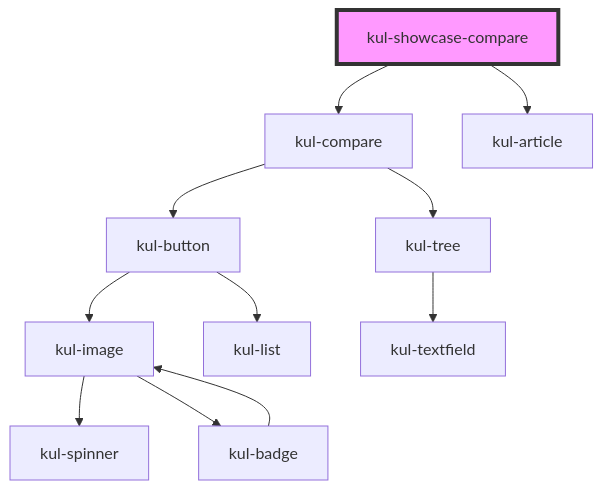
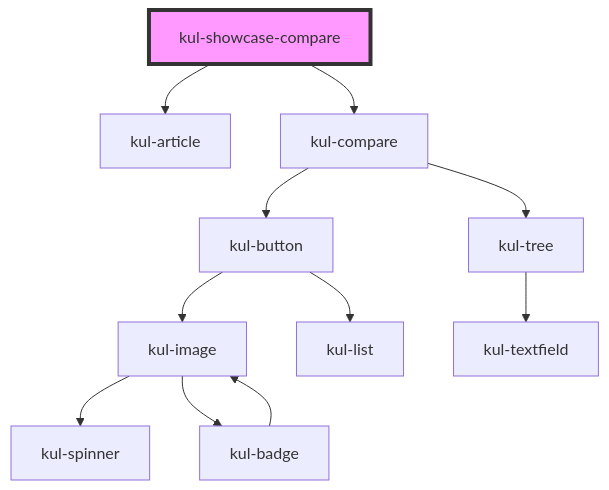
Before and after one commit to lucafoscili/ketchup-lite: the diagram in packages/ketchup-lite/src/components/kul-showcase/components/compare/readme.md, drawn with Mermaid. The commit also changed other lines of this file and 46 other files, not shown here.

````diff
--- a/packages/ketchup-lite/src/components/kul-showcase/components/compare/readme.md
+++ b/packages/ketchup-lite/src/components/kul-showcase/components/compare/readme.md
@@ -27,14 +24,14 @@
 ```mermaid
 graph TD;
+  kul-showcase-compare --> kul-article
   kul-showcase-compare --> kul-compare
-  kul-showcase-compare --> kul-article
   kul-compare --> kul-button
   kul-compare --> kul-tree
   kul-button --> kul-image
   kul-button --> kul-list
   kul-image --> kul-spinner
   kul-image --> kul-badge
   kul-badge --> kul-image
   kul-tree --> kul-textfield
   style kul-showcase-compare fill:#f9f,stroke:#333,stroke-width:4px
 ```
````
